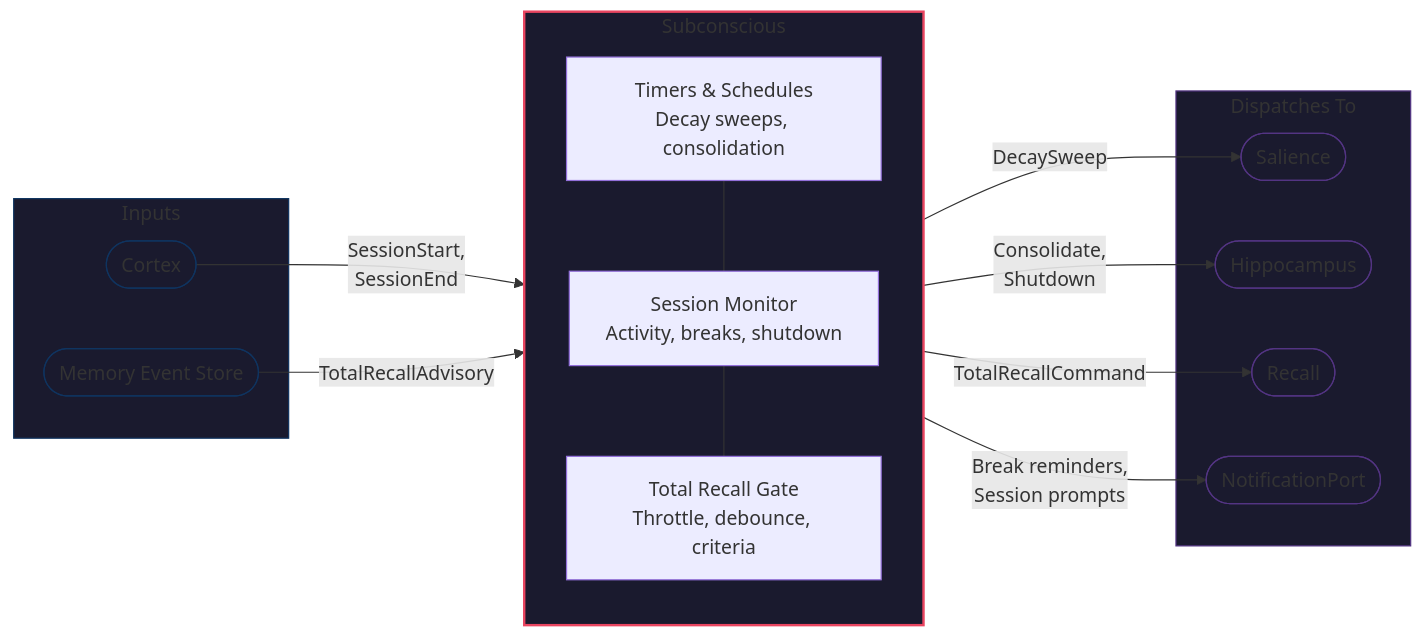
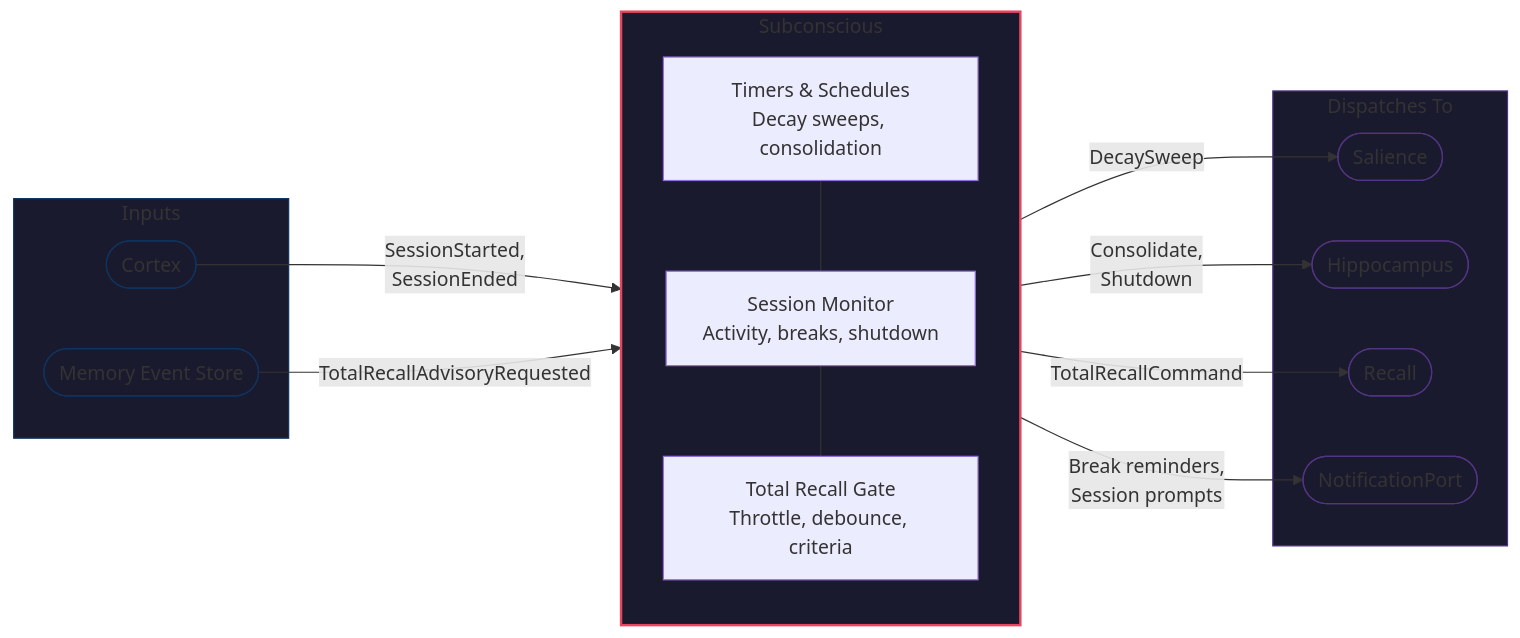
Before and after one commit to Mimis-Gildi/mcp-total-recall: the diagram in site/_includes/diagrams/sb-0001-subconscious.mmd, drawn with Mermaid. The commit also changed 109 other files, not shown here.

```diff
--- a/site/_includes/diagrams/sb-0001-subconscious.mmd
+++ b/site/_includes/diagrams/sb-0001-subconscious.mmd
@@ -1,39 +1,39 @@
 graph LR
     subgraph Input ["Inputs"]
         CX(["Cortex"])
         MES(["Memory Event Store"])
     end
 
     subgraph SB ["Subconscious"]
         direction TB
         TIMER["Timers & Schedules<br/>Decay sweeps, consolidation"]
         WATCH["Session Monitor<br/>Activity, breaks, shutdown"]
         TR["Total Recall Gate<br/>Throttle, debounce, criteria"]
         TIMER --- WATCH
         WATCH --- TR
     end
 
     subgraph Dispatch ["Dispatches To"]
         SL(["Salience"])
         HP(["Hippocampus"])
         RC(["Recall"])
         NP(["NotificationPort"])
     end
 
-    CX -- "SessionStart,<br/>SessionEnd" --> SB
-    MES -- "TotalRecallAdvisory" --> SB
+    CX -- "SessionStarted,<br/>SessionEnded" --> SB
+    MES -- "TotalRecallAdvisoryRequested" --> SB
 
     SB -- "DecaySweep" --> SL
     SB -- "Consolidate,<br/>Shutdown" --> HP
     SB -- "TotalRecallCommand" --> RC
     SB -- "Break reminders,<br/>Session prompts" --> NP
 
     style Input fill:#1a1a2e,stroke:#0f3460,stroke-width:1px
     style SB fill:#1a1a2e,stroke:#e94560,stroke-width:2px
     style Dispatch fill:#1a1a2e,stroke:#533483,stroke-width:1px
     style CX fill:#1a1a2e,stroke:#0f3460,stroke-width:1px
     style MES fill:#1a1a2e,stroke:#0f3460,stroke-width:1px
     style SL fill:#1a1a2e,stroke:#533483,stroke-width:1px
     style HP fill:#1a1a2e,stroke:#533483,stroke-width:1px
     style RC fill:#1a1a2e,stroke:#533483,stroke-width:1px
     style NP fill:#1a1a2e,stroke:#533483,stroke-width:1px
```
